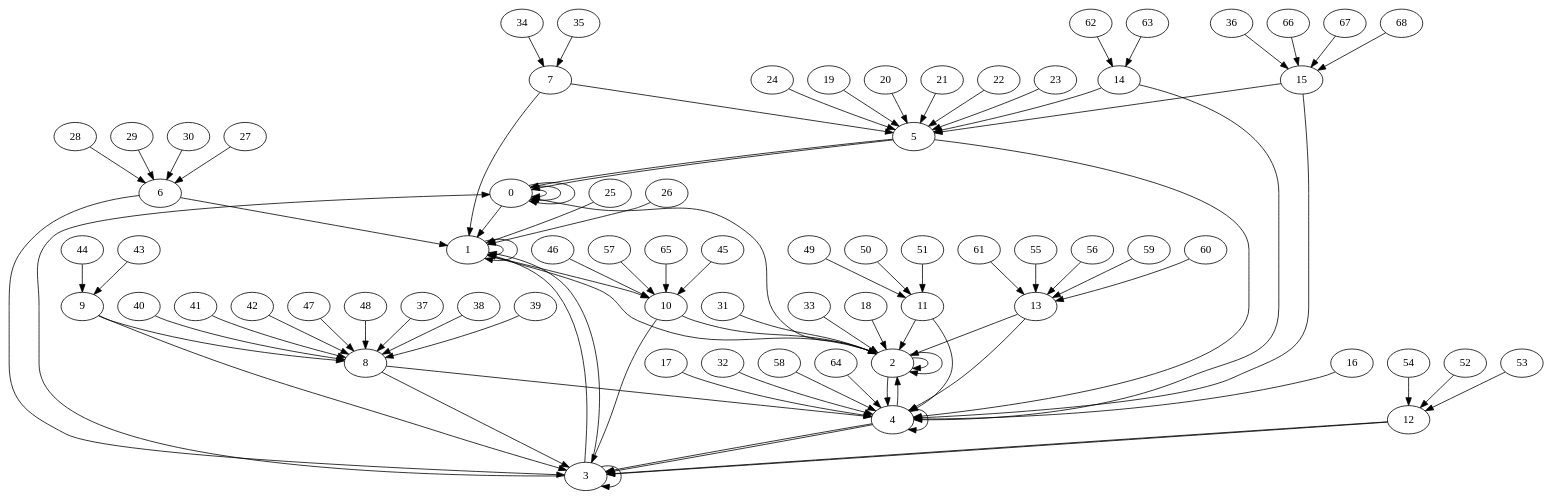
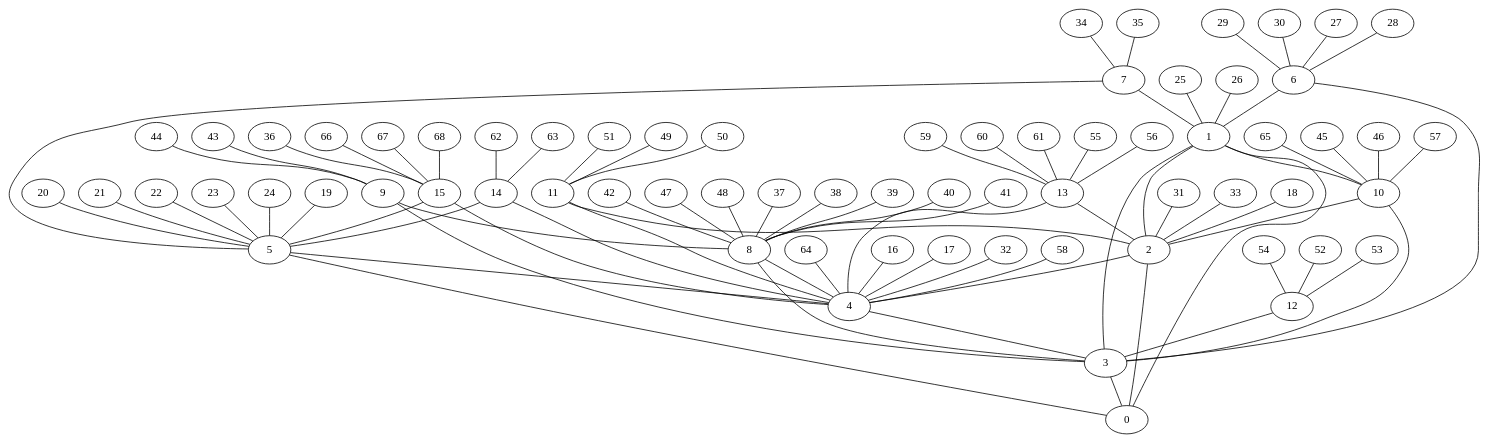
One commit to AlexStolt/Complex-Networks changed the diagram in HW3/exercise_5/graph.dot. Above: the diagram before and after it, drawn with Graphviz. The commit also changed 5 other files, not shown here.

```diff
--- a/HW3/exercise_5/graph.dot
+++ b/HW3/exercise_5/graph.dot
@@ -1,98 +1,89 @@
-digraph {
-    0 -> 0
-    1 -> 10
-    2 -> 4
-    3 -> 0
-    4 -> 3
-    5 -> 0
-    6 -> 1
-    7 -> 1
-    8 -> 3
-    9 -> 8
-    10 -> 2
-    11 -> 2
-    12 -> 3
-    13 -> 4
-    14 -> 4
-    15 -> 4
-    16 -> 4
-    17 -> 4
-    18 -> 2
-    19 -> 5
-    20 -> 5
-    21 -> 5
-    22 -> 5
-    23 -> 5
-    24 -> 5
-    25 -> 1
-    26 -> 1
-    27 -> 6
-    28 -> 6
-    29 -> 6
-    30 -> 6
-    31 -> 2
-    32 -> 4
-    33 -> 2
-    34 -> 7
-    35 -> 7
-    36 -> 15
-    37 -> 8
-    38 -> 8
-    39 -> 8
-    40 -> 8
-    41 -> 8
-    42 -> 8
-    43 -> 9
-    44 -> 9
-    45 -> 10
-    46 -> 10
-    47 -> 8
-    48 -> 8
-    49 -> 11
-    50 -> 11
-    51 -> 11
-    52 -> 12
-    53 -> 12
-    54 -> 12
-    55 -> 13
-    56 -> 13
-    57 -> 10
-    58 -> 4
-    59 -> 13
-    60 -> 13
-    61 -> 13
-    62 -> 14
-    63 -> 14
-    64 -> 4
-    65 -> 10
-    66 -> 15
-    67 -> 15
-    68 -> 15
-    0 -> 1
-    1 -> 2
-    2 -> 0
-    3 -> 1
-    4 -> 2
-    5 -> 0
-    6 -> 3
-    7 -> 5
-    8 -> 4
-    9 -> 3
-    10 -> 3
-    11 -> 4
-    12 -> 3
-    13 -> 2
-    14 -> 5
-    15 -> 5
-    0 -> 0
-    1 -> 1
-    2 -> 2
-    3 -> 1
-    4 -> 3
-    5 -> 4
-    0 -> 0
-    1 -> 1
-    2 -> 2
-    3 -> 3
-    4 -> 4
+strict graph {
+    1 -- 10
+    2 -- 4
+    3 -- 0
+    4 -- 3
+    5 -- 0
+    6 -- 1
+    7 -- 1
+    8 -- 3
+    9 -- 8
+    10 -- 2
+    11 -- 2
+    12 -- 3
+    13 -- 4
+    14 -- 4
+    15 -- 4
+    16 -- 4
+    17 -- 4
+    18 -- 2
+    19 -- 5
+    20 -- 5
+    21 -- 5
+    22 -- 5
+    23 -- 5
+    24 -- 5
+    25 -- 1
+    26 -- 1
+    27 -- 6
+    28 -- 6
+    29 -- 6
+    30 -- 6
+    31 -- 2
+    32 -- 4
+    33 -- 2
+    34 -- 7
+    35 -- 7
+    36 -- 15
+    37 -- 8
+    38 -- 8
+    39 -- 8
+    40 -- 8
+    41 -- 8
+    42 -- 8
+    43 -- 9
+    44 -- 9
+    45 -- 10
+    46 -- 10
+    47 -- 8
+    48 -- 8
+    49 -- 11
+    50 -- 11
+    51 -- 11
+    52 -- 12
+    53 -- 12
+    54 -- 12
+    55 -- 13
+    56 -- 13
+    57 -- 10
+    58 -- 4
+    59 -- 13
+    60 -- 13
+    61 -- 13
+    62 -- 14
+    63 -- 14
+    64 -- 4
+    65 -- 10
+    66 -- 15
+    67 -- 15
+    68 -- 15
+    0 -- 1
+    1 -- 2
+    2 -- 0
+    3 -- 1
+    4 -- 2
+    5 -- 0
+    6 -- 3
+    7 -- 5
+    8 -- 4
+    9 -- 3
+    10 -- 3
+    11 -- 4
+    12 -- 3
+    13 -- 2
+    14 -- 5
+    15 -- 5
+    3 -- 1
+    4 -- 3
+    5 -- 4
 }
```
